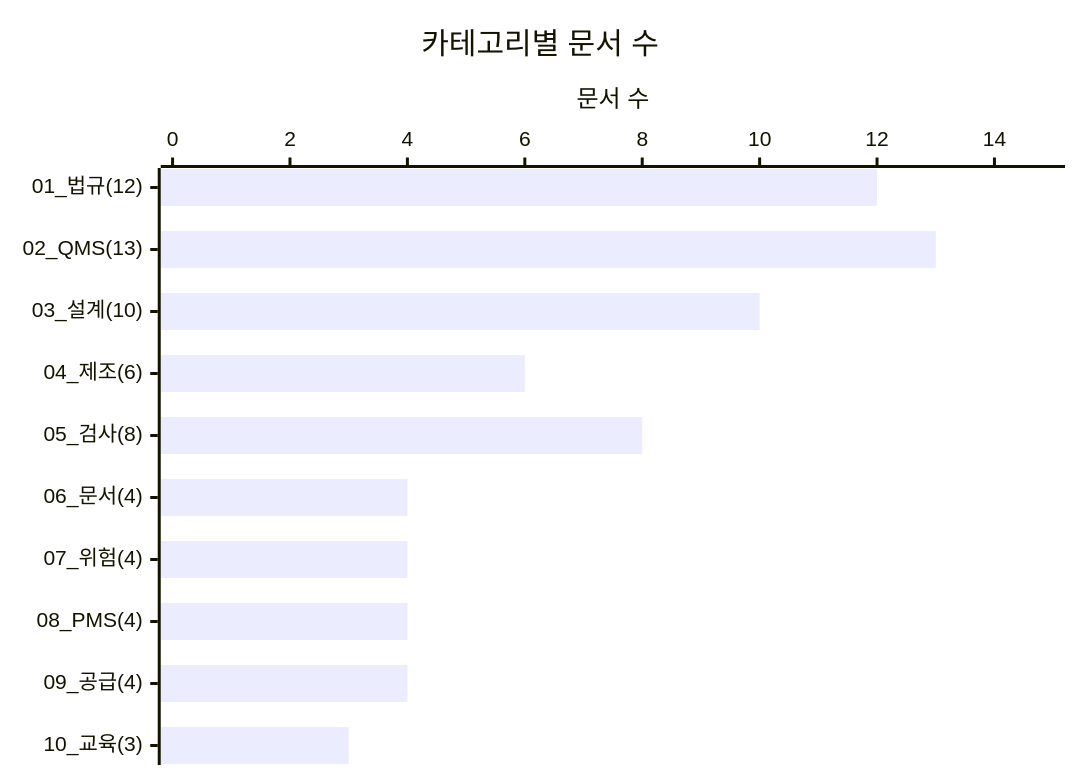
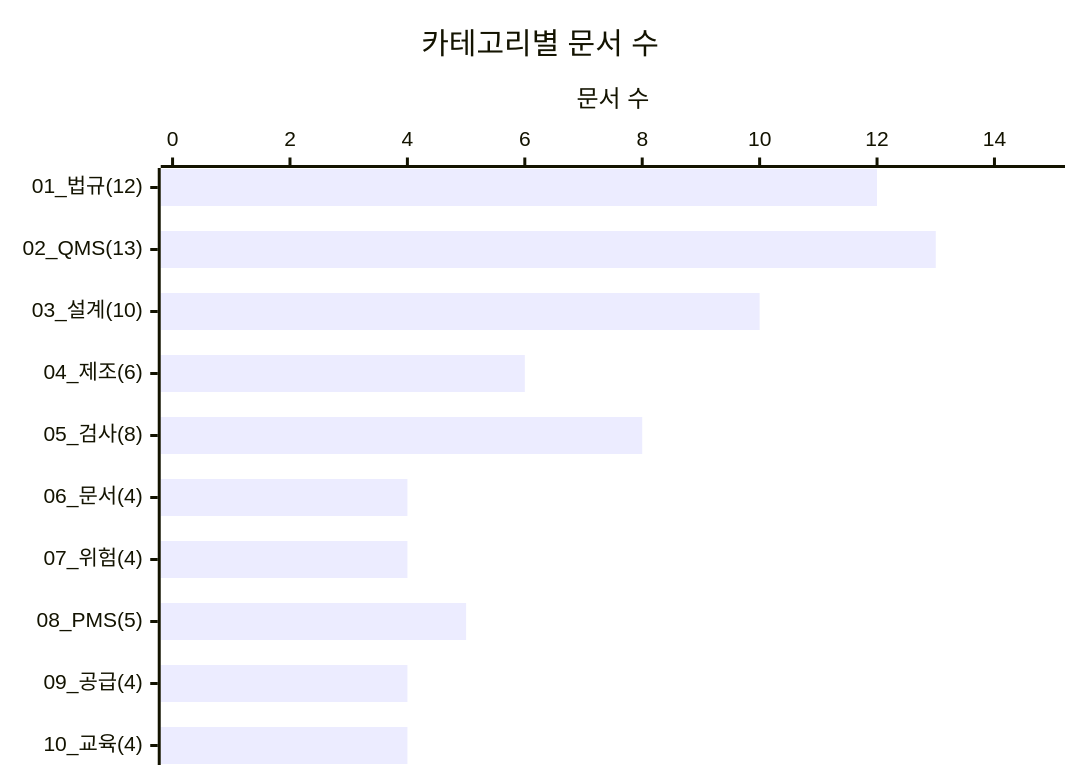
One commit to holee9/MD-process changed the second of 3 diagrams in README.md. Above: the diagram before and after it, drawn with Mermaid. The commit also changed other lines of this file, not shown here.

````diff
--- a/README.md
+++ b/README.md
@@ -136,7 +136,7 @@
 ```mermaid
 xychart-beta horizontal
     title "카테고리별 문서 수"
-    x-axis ["01_법규(12)", "02_QMS(13)", "03_설계(10)", "04_제조(6)", "05_검사(8)", "06_문서(4)", "07_위험(4)", "08_PMS(4)", "09_공급(4)", "10_교육(3)"]
+    x-axis ["01_법규(12)", "02_QMS(13)", "03_설계(10)", "04_제조(6)", "05_검사(8)", "06_문서(4)", "07_위험(4)", "08_PMS(5)", "09_공급(4)", "10_교육(4)"]
     y-axis "문서 수" 0 --> 15
-    bar [12, 13, 10, 6, 8, 4, 4, 4, 4, 3]
+    bar [12, 13, 10, 6, 8, 4, 4, 5, 4, 4]
 ```
````
